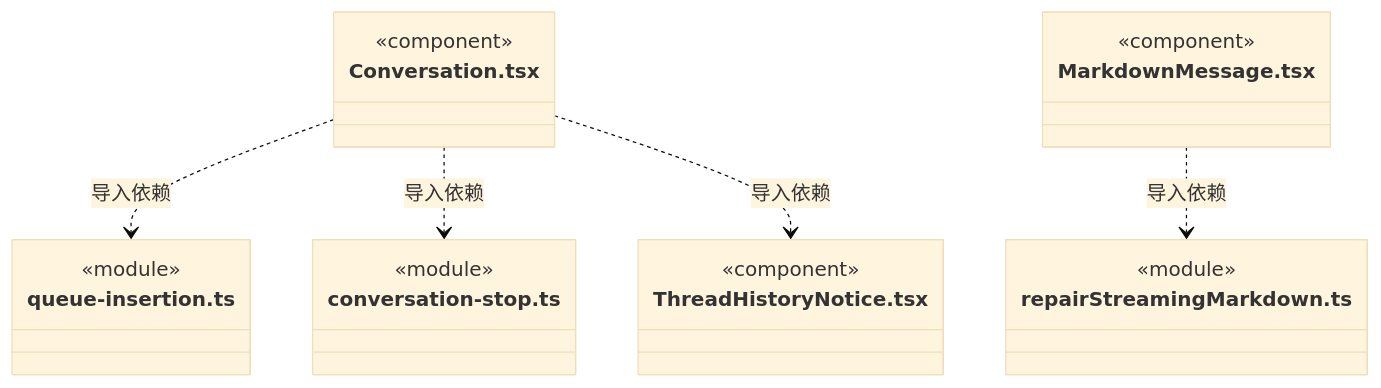
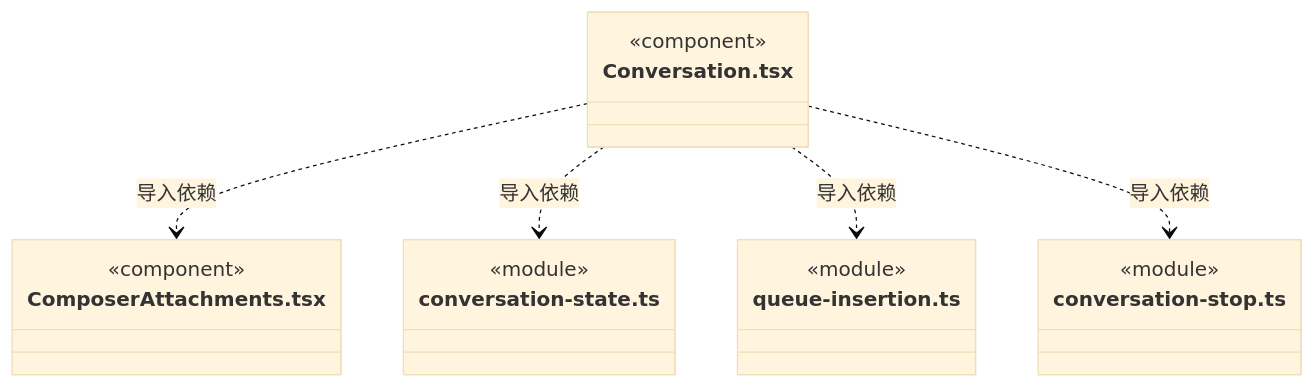
One commit to nan023062/cbim changed diagram 43 of 47 in src/frontend/conversation/ARCHITECTURE.md. Above: the diagram before and after it, drawn with Mermaid (base theme). The commit also changed other lines of this file and 68 other files, not shown here.

````diff
--- a/src/frontend/conversation/ARCHITECTURE.md
+++ b/src/frontend/conversation/ARCHITECTURE.md
@@ -576,25 +668,22 @@
 ```mermaid
 classDiagram
 class N_src_frontend_conversation_Conversation_tsx["Conversation.tsx"] {
   <<component>>
+}
+class N_src_frontend_conversation_ComposerAttachments_tsx["ComposerAttachments.tsx"] {
+  <<component>>
+}
+class N_src_frontend_conversation_conversation_state_ts["conversation-state.ts"] {
+  <<module>>
 }
 class N_src_frontend_conversation_queue_insertion_ts["queue-insertion.ts"] {
   <<module>>
 }
 class N_src_frontend_conversation_conversation_stop_ts["conversation-stop.ts"] {
   <<module>>
 }
-class N_src_frontend_conversation_ThreadHistoryNotice_tsx["ThreadHistoryNotice.tsx"] {
-  <<component>>
-}
-class N_src_frontend_conversation_MarkdownMessage_tsx["MarkdownMessage.tsx"] {
-  <<component>>
-}
-class N_src_frontend_conversation_repairStreamingMarkdown_ts["repairStreamingMarkdown.ts"] {
-  <<module>>
-}
+N_src_frontend_conversation_Conversation_tsx ..> N_src_frontend_conversation_ComposerAttachments_tsx : 导入依赖
+N_src_frontend_conversation_Conversation_tsx ..> N_src_frontend_conversation_conversation_state_ts : 导入依赖
 N_src_frontend_conversation_Conversation_tsx ..> N_src_frontend_conversation_queue_insertion_ts : 导入依赖
 N_src_frontend_conversation_Conversation_tsx ..> N_src_frontend_conversation_conversation_stop_ts : 导入依赖
-N_src_frontend_conversation_Conversation_tsx ..> N_src_frontend_conversation_ThreadHistoryNotice_tsx : 导入依赖
-N_src_frontend_conversation_MarkdownMessage_tsx ..> N_src_frontend_conversation_repairStreamingMarkdown_ts : 导入依赖
 ```
````
